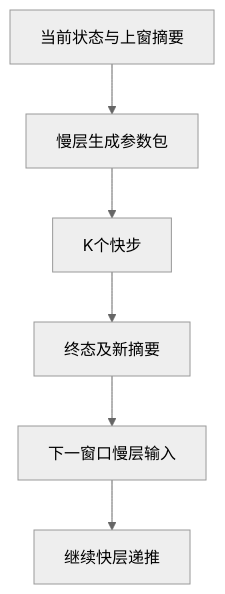
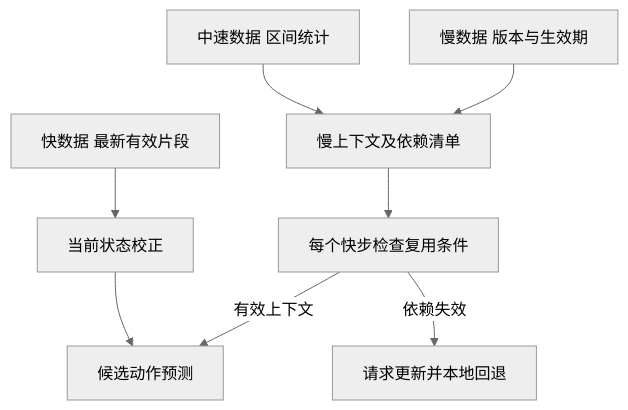
The second of 5 diagrams in patents/mr-nwm/INVENTION_DISCLOSURE_CN.md (xuda1979/-6G-MR-NWM), drawn with Mermaid (neutral theme) before and after one commit. The commit also changed other lines of this file and 12 other files, not shown here.

````diff
--- a/patents/mr-nwm/INVENTION_DISCLOSURE_CN.md
+++ b/patents/mr-nwm/INVENTION_DISCLOSURE_CN.md
@@ -102,8 +82,10 @@
 ```mermaid
 flowchart TD
- S[当前状态与上窗摘要] --> L[慢层生成参数包]
- L --> K[K个快步]
- K --> H[终态及新摘要]
- H --> N[下一窗口慢层输入]
- N --> R[继续快层递推]
+ F[快数据 最新有效片段] --> X[当前状态校正]
+ M[中速数据 区间统计] --> H[慢上下文及依赖清单]
+ S[慢数据 版本与生效期] --> H
+ H --> V[每个快步检查复用条件]
+ X --> P[候选动作预测]
+ V -->|有效上下文| P
+ V -->|依赖失效| U[请求更新并本地回退]
 ```
````
